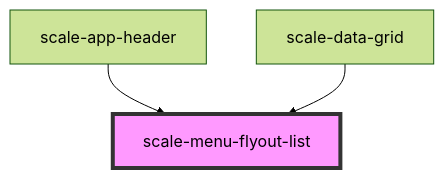
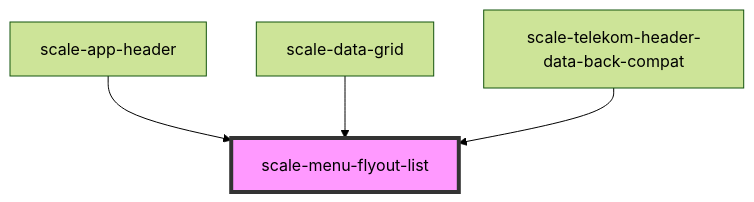
The diagram in packages/components/src/components/menu-flyout-list/readme.md (telekom/scale), drawn with Mermaid (forest theme) before and after one commit. The commit also changed other lines of this file and 7 other files, not shown here.

Commit message:
feat(header-back-compat): add support for userMenu

````diff
--- a/packages/components/src/components/menu-flyout-list/readme.md
+++ b/packages/components/src/components/menu-flyout-list/readme.md
@@ -79,6 +80,7 @@
 ```mermaid
 graph TD;
   scale-app-header --> scale-menu-flyout-list
   scale-data-grid --> scale-menu-flyout-list
+  scale-telekom-header-data-back-compat --> scale-menu-flyout-list
   style scale-menu-flyout-list fill:#f9f,stroke:#333,stroke-width:4px
 ```
````
